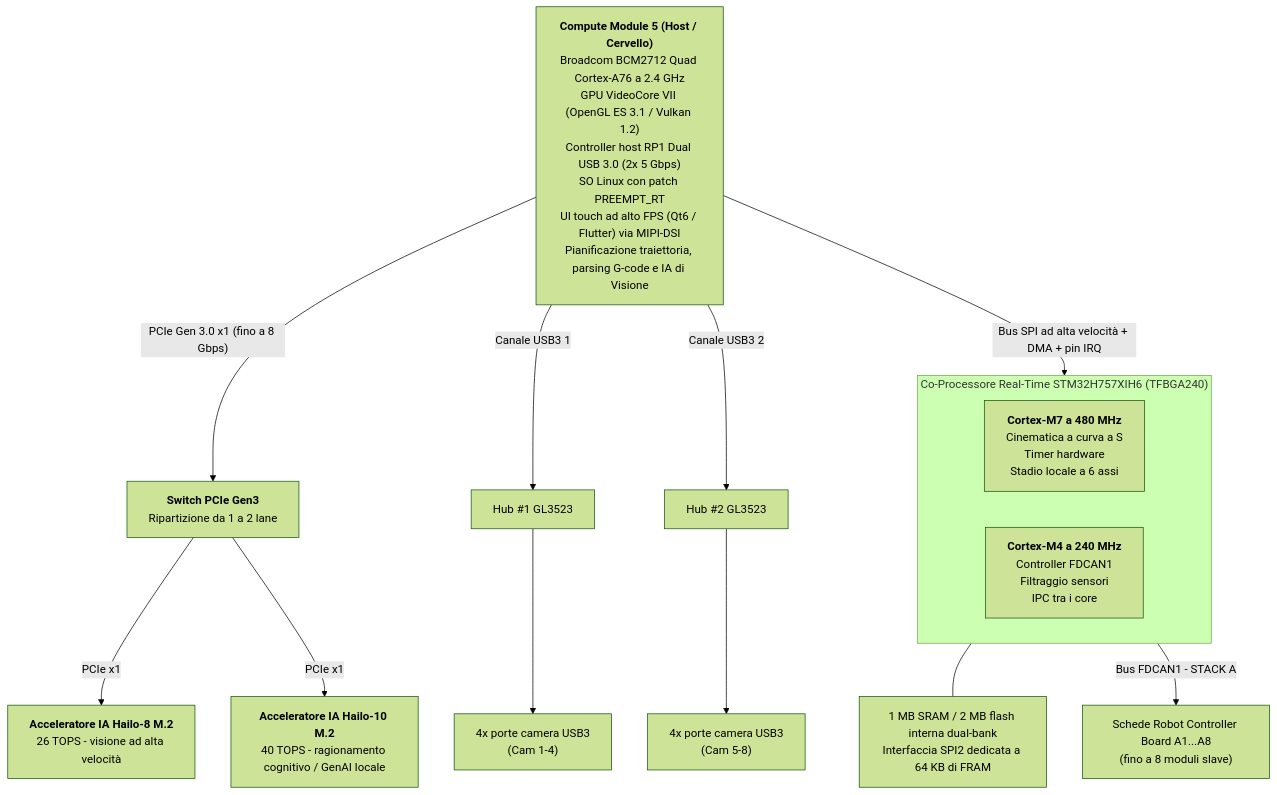
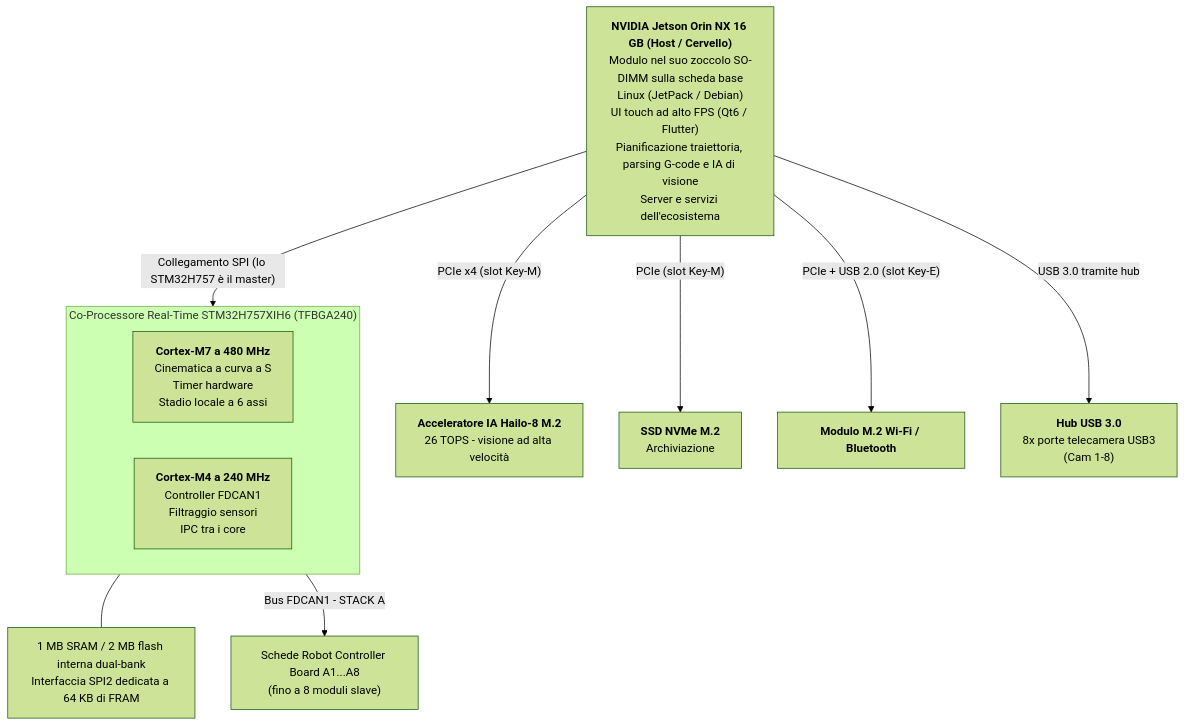
The first of 3 diagrams in README_ita.md (JuanenRac/HYDRA-UMC), drawn with Mermaid (forest theme) before and after one commit. The commit also changed other lines of this file and 8 other files, not shown here.

Commit message:
Draw the Jetson baseboard in the README block diagram and feature list

````diff
--- a/README_ita.md
+++ b/README_ita.md
@@ -93,24 +95,21 @@
 ```mermaid
 flowchart TB
-    CM5["<b>Compute Module 5 (Host / Cervello)</b><br/>Broadcom BCM2712 Quad Cortex-A76 a 2.4 GHz<br/>GPU VideoCore VII (OpenGL ES 3.1 / Vulkan 1.2)<br/>Controller host RP1 Dual USB 3.0 (2x 5 Gbps)<br/>SO Linux con patch PREEMPT_RT<br/>UI touch ad alto FPS (Qt6 / Flutter) via MIPI-DSI<br/>Pianificazione traiettoria, parsing G-code e IA di Visione"]
+    JETSON["<b>NVIDIA Jetson Orin NX 16 GB (Host / Cervello)</b><br/>Modulo nel suo zoccolo SO-DIMM sulla scheda base<br/>Linux (JetPack / Debian)<br/>UI touch ad alto FPS (Qt6 / Flutter)<br/>Pianificazione traiettoria, parsing G-code e IA di visione<br/>Server e servizi dell'ecosistema"]
 
-    CM5 -- "PCIe Gen 3.0 x1 (fino a 8 Gbps)" --> PCIESW["<b>Switch PCIe Gen3</b><br/>Ripartizione da 1 a 2 lane"]
-    PCIESW -- "PCIe x1" --> HAILO8["<b>Acceleratore IA Hailo-8 M.2</b><br/>26 TOPS - visione ad alta velocità"]
-    PCIESW -- "PCIe x1" --> HAILO10["<b>Acceleratore IA Hailo-10 M.2</b><br/>40 TOPS - ragionamento cognitivo / GenAI locale"]
-    CM5 -- "Canale USB3 1" --> HUB1["Hub #1 GL3523"]
-    CM5 -- "Canale USB3 2" --> HUB2["Hub #2 GL3523"]
-    HUB1 --> CAM14["4x porte camera USB3<br/>(Cam 1-4)"]
-    HUB2 --> CAM58["4x porte camera USB3<br/>(Cam 5-8)"]
+    JETSON -- "PCIe x4 (slot Key-M)" --> HAILO8["<b>Acceleratore IA Hailo-8 M.2</b><br/>26 TOPS - visione ad alta velocità"]
+    JETSON -- "PCIe (slot Key-M)" --> NVME["<b>SSD NVMe M.2</b><br/>Archiviazione"]
+    JETSON -- "PCIe + USB 2.0 (slot Key-E)" --> WIFI["<b>Modulo M.2 Wi-Fi / Bluetooth</b>"]
+    JETSON -- "USB 3.0 tramite hub" --> HUBS["<b>Hub USB 3.0</b><br/>8x porte telecamera USB3<br/>(Cam 1-8)"]
 
-    CM5 -- "Bus SPI ad alta velocità + DMA + pin IRQ" --> MCU
+    JETSON -- "Collegamento SPI (lo STM32H757 è il master)" --> MCU
 
     subgraph MCU["Co-Processore Real-Time STM32H757XIH6 (TFBGA240)"]
         direction LR
         CM7["<b>Cortex-M7 a 480 MHz</b><br/>Cinematica a curva a S<br/>Timer hardware<br/>Stadio locale a 6 assi"]
         CM4["<b>Cortex-M4 a 240 MHz</b><br/>Controller FDCAN1<br/>Filtraggio sensori<br/>IPC tra i core"]
     end
     MEM["1 MB SRAM / 2 MB flash interna dual-bank<br/>Interfaccia SPI2 dedicata a 64 KB di FRAM"]
     MCU --- MEM
 
     MCU -- "Bus FDCAN1 - STACK A" --> ROBOTS["Schede Robot Controller Board A1...A8<br/>(fino a 8 moduli slave)"]
 ```
````
